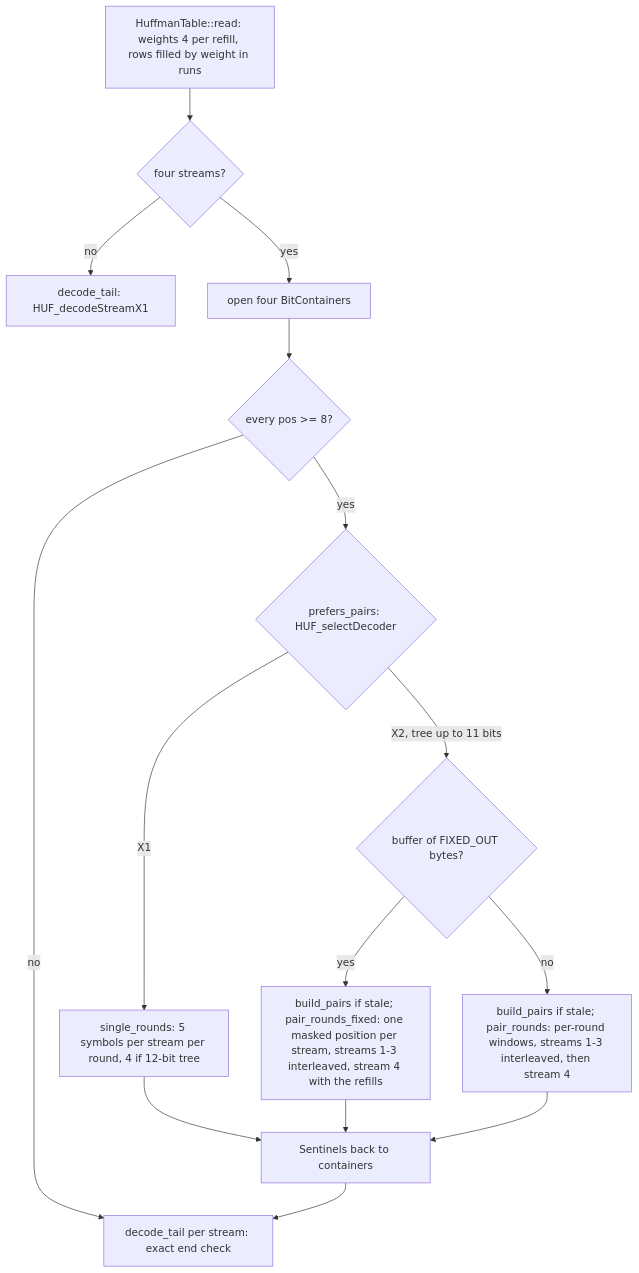
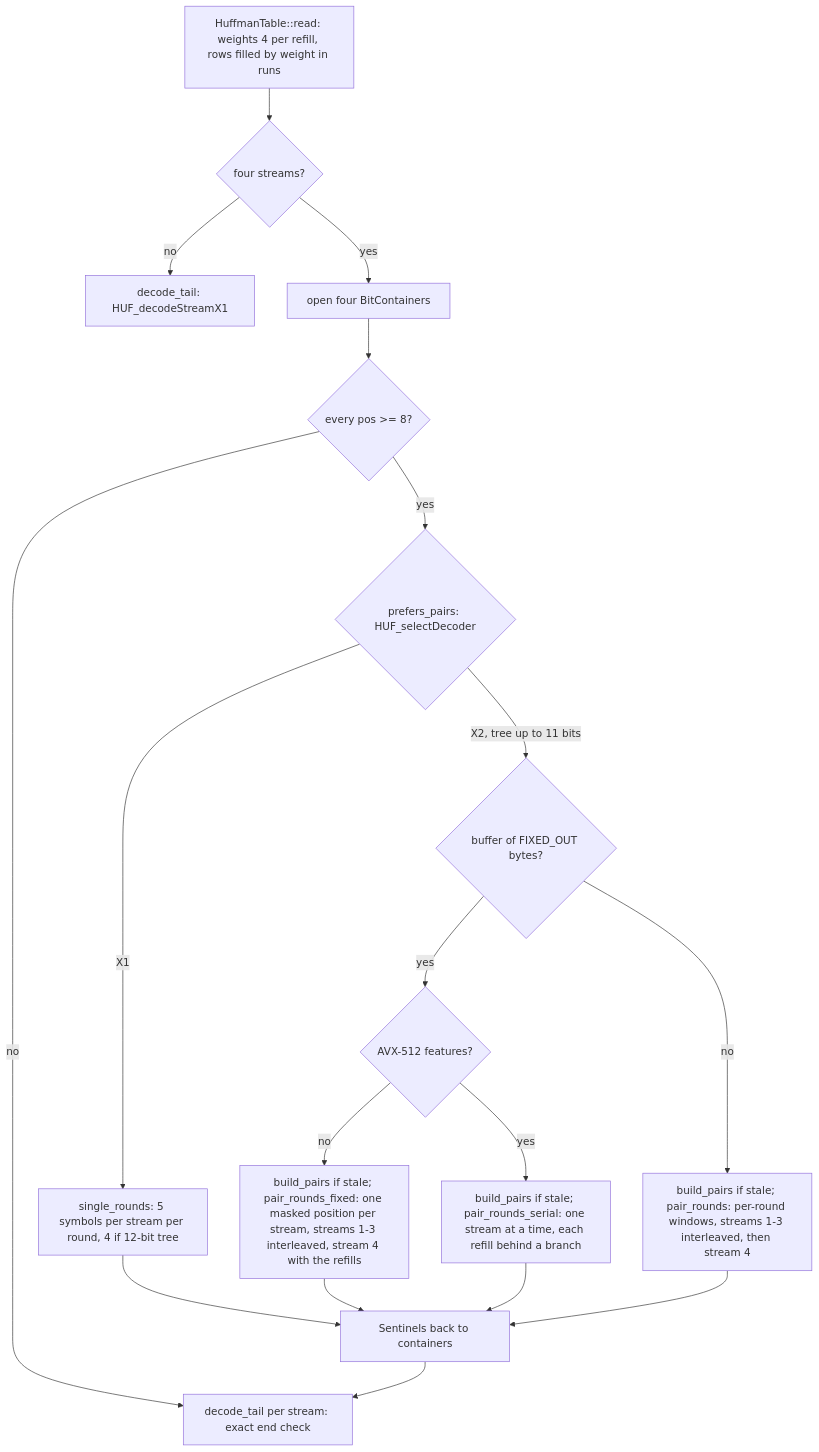
Before and after one commit to M-Compressors/mzstd: the third of 7 diagrams in architecture/decoder-performance.md, drawn with Mermaid. The commit also changed other lines of this file and 14 other files, not shown here.

````diff
--- a/architecture/decoder-performance.md
+++ b/architecture/decoder-performance.md
@@ -106,17 +116,20 @@
 ```mermaid
 flowchart TD
     Read["HuffmanTable::read: weights 4 per refill, rows filled by weight in runs"] --> Kind{four streams?}
     Kind -->|no| Tail1[decode_tail: HUF_decodeStreamX1]
     Kind -->|yes| Open[open four BitContainers]
     Open --> Fast{every pos >= 8?}
     Fast -->|no| Tails
     Fast -->|yes| Sel{prefers_pairs: HUF_selectDecoder}
     Sel -->|X1| Single[single_rounds: 5 symbols per stream per round, 4 if 12-bit tree]
     Sel -->|X2, tree up to 11 bits| Fixed{buffer of FIXED_OUT bytes?}
-    Fixed -->|yes| PairsFixed[build_pairs if stale; pair_rounds_fixed: one masked position per stream, streams 1-3 interleaved, stream 4 with the refills]
+    Fixed -->|yes| Avx{AVX-512 features?}
+    Avx -->|no| PairsFixed[build_pairs if stale; pair_rounds_fixed: one masked position per stream, streams 1-3 interleaved, stream 4 with the refills]
+    Avx -->|yes| PairsSerial[build_pairs if stale; pair_rounds_serial: one stream at a time, each refill behind a branch]
     Fixed -->|no| Pairs[build_pairs if stale; pair_rounds: per-round windows, streams 1-3 interleaved, then stream 4]
     PairsFixed --> Back
+    PairsSerial --> Back
     Single --> Back[Sentinels back to containers]
     Pairs --> Back
     Back --> Tails[decode_tail per stream: exact end check]
 ```
````
